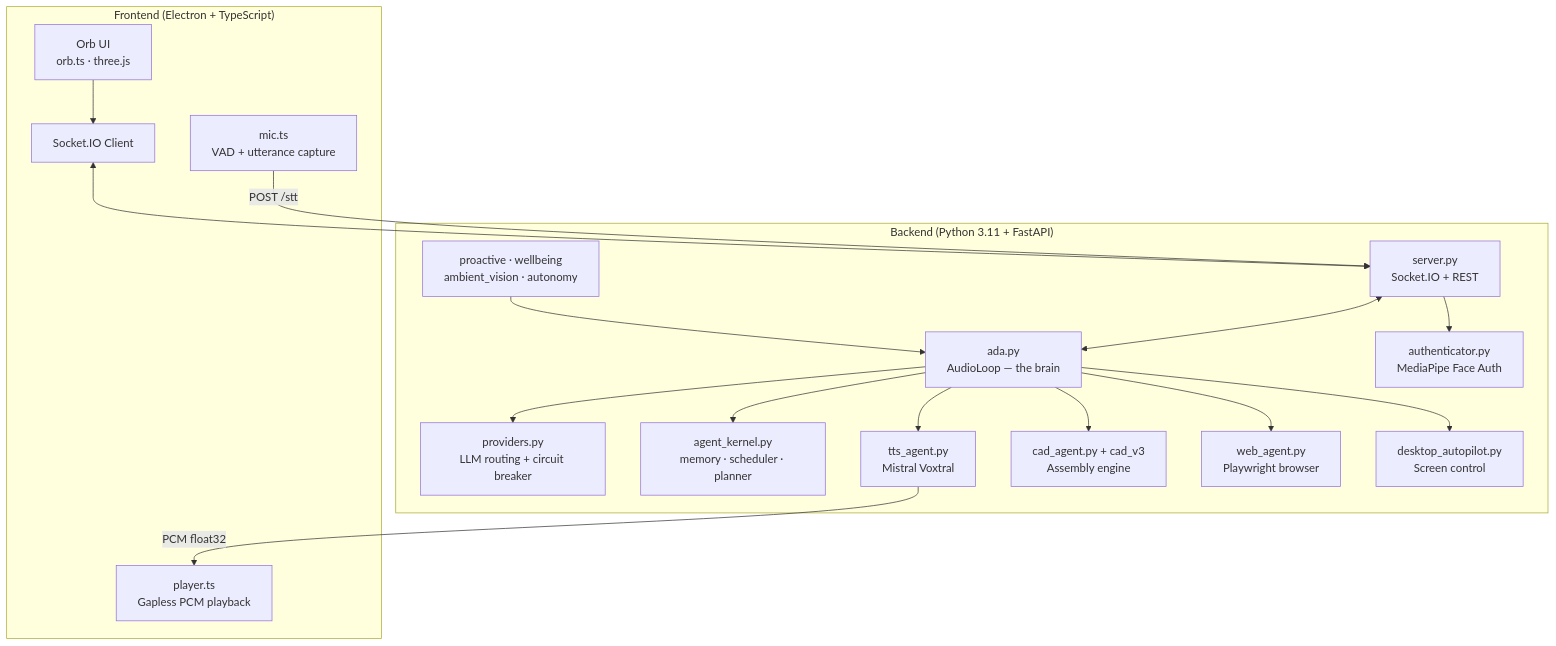
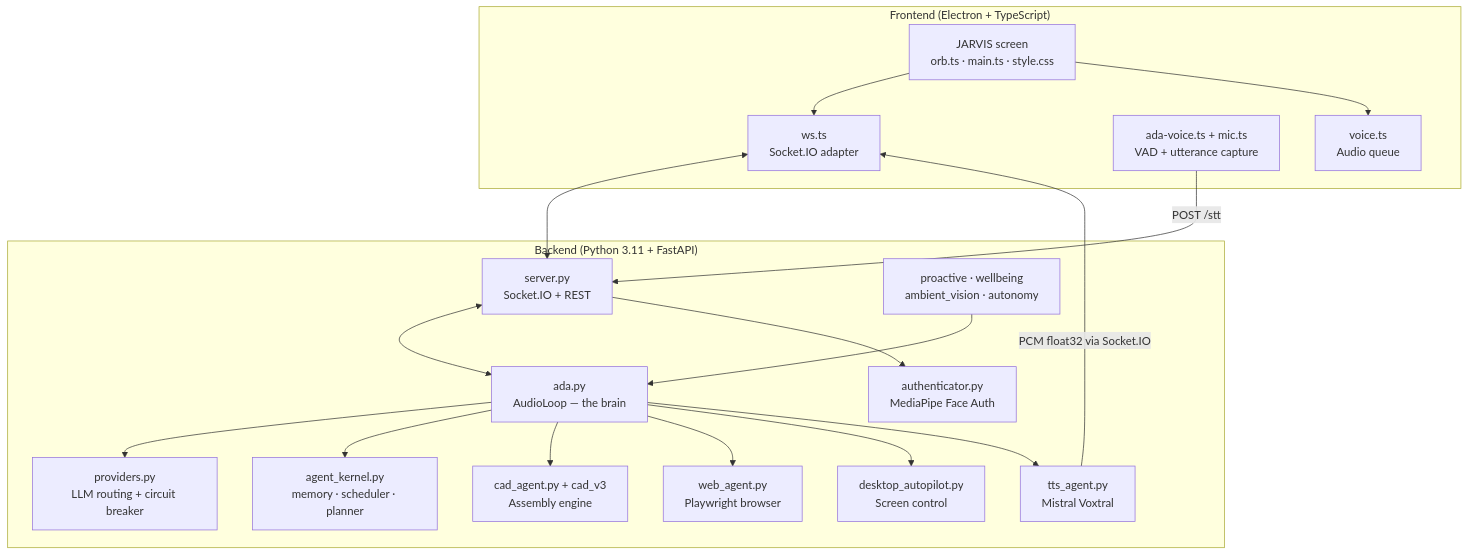
One commit to yashkendidex-bit/ada-v2 changed the diagram in README.md. Above: the diagram before and after it, drawn with Mermaid. The commit also changed other lines of this file and 12 other files, not shown here.

First line of the commit message:
Use the JARVIS screen as-is, with the A.D.A transport underneath

````diff
--- a/README.md
+++ b/README.md
@@ -39,36 +39,37 @@
 ```mermaid
 graph TB
     subgraph Frontend ["Frontend (Electron + TypeScript)"]
-        UI[Orb UI<br/>orb.ts · three.js]
-        MIC[mic.ts<br/>VAD + utterance capture]
-        SOCKET_C[Socket.IO Client]
-        VOICE[player.ts<br/>Gapless PCM playback]
+        UI[JARVIS screen<br/>orb.ts · main.ts · style.css]
+        LINK[ws.ts<br/>Socket.IO adapter]
+        MIC[ada-voice.ts + mic.ts<br/>VAD + utterance capture]
+        VOICE[voice.ts<br/>Audio queue]
     end
     
     subgraph Backend ["Backend (Python 3.11 + FastAPI)"]
         SERVER[server.py<br/>Socket.IO + REST]
         ADA[ada.py<br/>AudioLoop — the brain]
         PROVIDERS[providers.py<br/>LLM routing + circuit breaker]
         KERNEL[agent_kernel.py<br/>memory · scheduler · planner]
         TTS[tts_agent.py<br/>Mistral Voxtral]
         CAD[cad_agent.py + cad_v3<br/>Assembly engine]
         WEB[web_agent.py<br/>Playwright browser]
         AUTO[desktop_autopilot.py<br/>Screen control]
         AUTH[authenticator.py<br/>MediaPipe Face Auth]
         AMBIENT[proactive · wellbeing<br/>ambient_vision · autonomy]
     end
     
-    UI --> SOCKET_C
+    UI --> LINK
+    UI --> VOICE
     MIC -->|POST /stt| SERVER
-    SOCKET_C <--> SERVER
+    LINK <--> SERVER
     SERVER <--> ADA
     ADA --> PROVIDERS
     ADA --> KERNEL
     ADA --> CAD
     ADA --> WEB
     ADA --> AUTO
     ADA --> TTS
     AMBIENT --> ADA
     SERVER --> AUTH
-    TTS -->|PCM float32| VOICE
+    TTS -->|PCM float32 via Socket.IO| LINK
 ```
````
